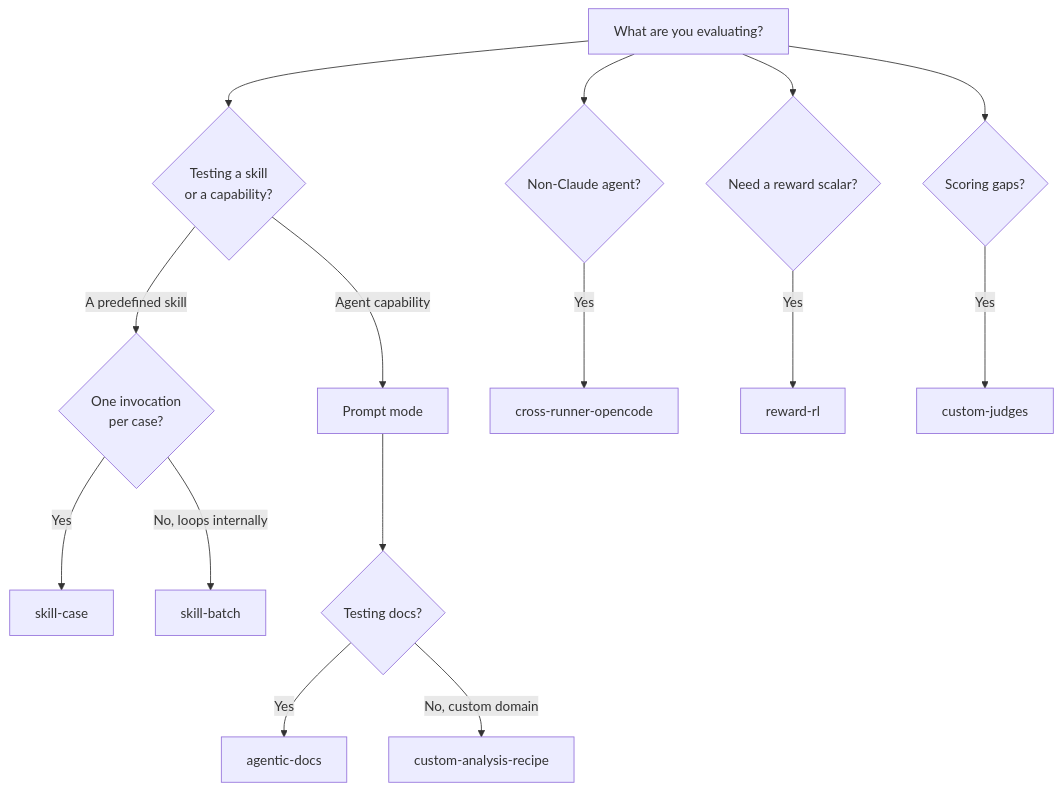
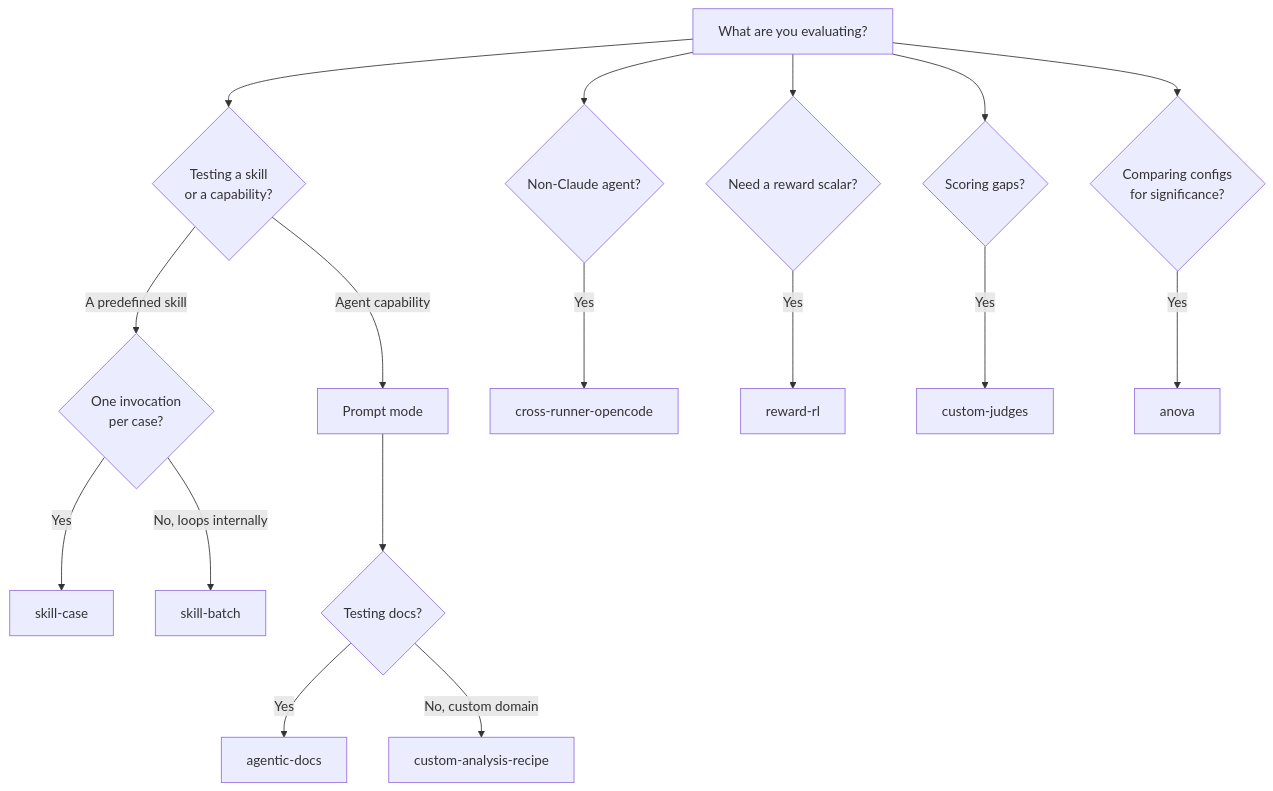
One commit to GuyZivRH/agent-eval-harness changed the diagram in website/cookbook/index.md. Above: the diagram before and after it, drawn with Mermaid. The commit also changed other lines of this file and 8 other files, not shown here.

````diff
--- a/website/cookbook/index.md
+++ b/website/cookbook/index.md
@@ -62,17 +68,19 @@
 ```mermaid
 flowchart TD
     A[What are you evaluating?] --> B{Testing a skill<br/>or a capability?}
     B -->|A predefined skill| C{One invocation<br/>per case?}
     B -->|Agent capability| D[Prompt mode]
     C -->|Yes| E[skill-case]
     C -->|No, loops internally| F[skill-batch]
     D --> G{Testing docs?}
     G -->|Yes| H[agentic-docs]
     G -->|No, custom domain| I[custom-analysis-recipe]
     A --> J{Non-Claude agent?}
     J -->|Yes| K[cross-runner-opencode]
     A --> L{Need a reward scalar?}
     L -->|Yes| M[reward-rl]
     A --> N{Scoring gaps?}
     N -->|Yes| O[custom-judges]
+    A --> P{Comparing configs<br/>for significance?}
+    P -->|Yes| Q[anova]
 ```
````
